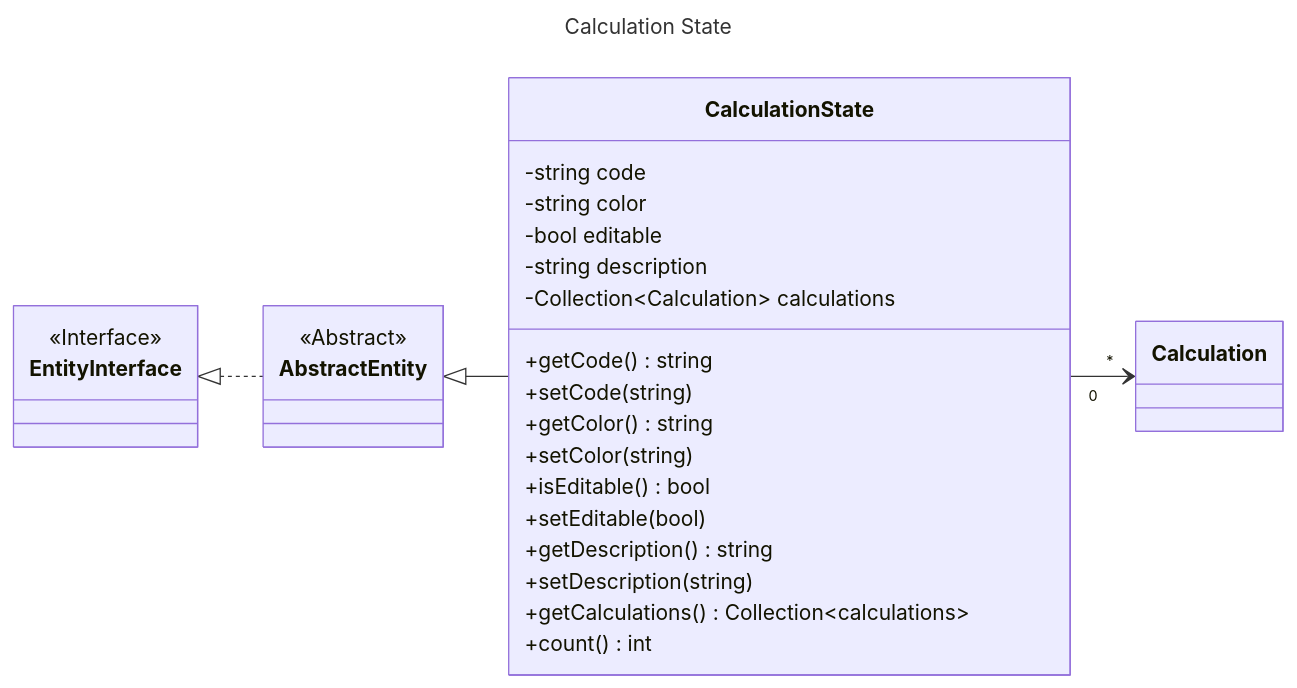
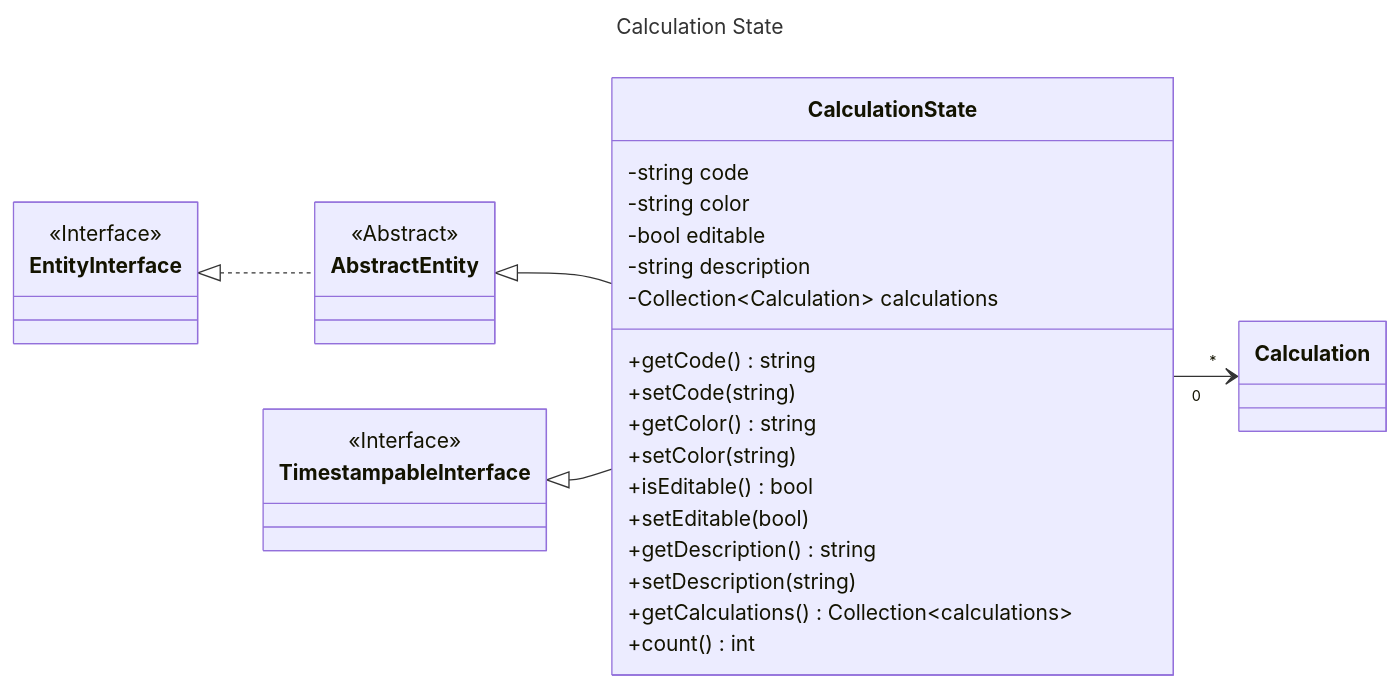
One commit to laurentmuller/calculation changed the diagram in resources/diagram/calculation_state.mmd. Above: the diagram before and after it, drawn with Mermaid. The commit also changed 45 other files, not shown here.

Commit message:
Added diagram theme. Added PDF memory images trait.

```diff
--- a/resources/diagram/calculation_state.mmd
+++ b/resources/diagram/calculation_state.mmd
@@ -1,42 +1,45 @@
 ---
 title: Calculation State
 ---
 
 classDiagram
     direction LR
 
     class CalculationState {
         -string code
         -string color
         -bool editable
         -string description
         -Collection~Calculation~ calculations
         +getCode() string
         +setCode(string)
         +getColor() string
         +setColor(string)
         +isEditable() bool
         +setEditable(bool)
         +getDescription() string
         +setDescription(string)
         +getCalculations() Collection~calculations~
         +count() int
     }
 
-    class Calculation {
-    }
-
     class AbstractEntity {
         <<Abstract>>
     }
     class EntityInterface {
         <<Interface>>
     }
 
+    class TimestampableInterface {
+        <<Interface>>
+    }
+
     EntityInterface <|.. AbstractEntity
     AbstractEntity <|-- CalculationState
     CalculationState "0" --> "*" Calculation
+    TimestampableInterface <|-- CalculationState
 
     click EntityInterface call nodeCallback()
     click AbstractEntity call nodeCallback()
     click Calculation call nodeCallback()
+    click TimestampableInterface call nodeCallback()
```
